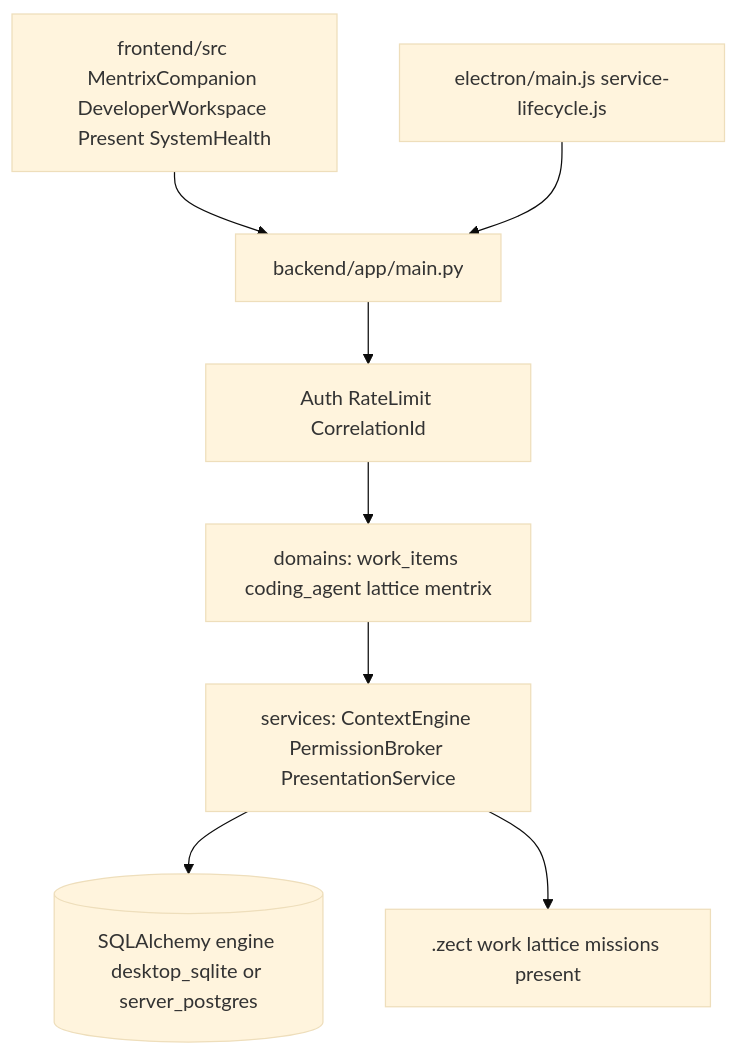
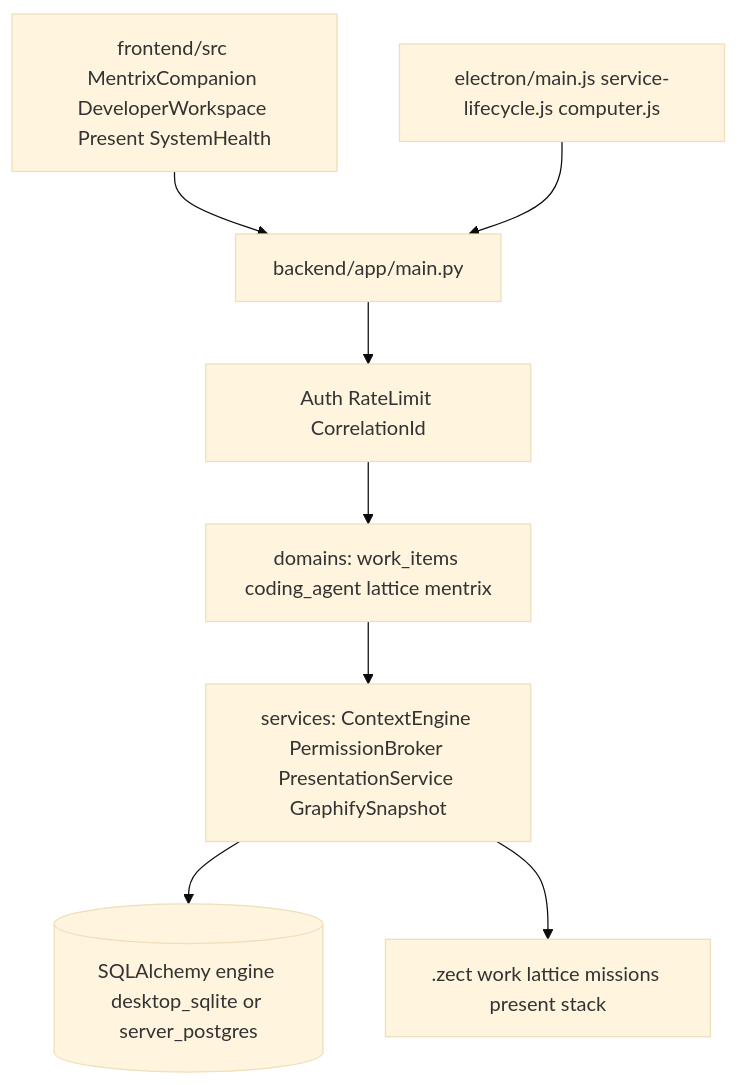
Before and after one commit to KarthikKaruppasamy880/ZECT: the second of 9 diagrams in ZECT_CANONICAL_ARCHITECTURE.md, drawn with Mermaid (base theme). The commit also changed other lines of this file and 16 other files, not shown here.

````diff
--- a/ZECT_CANONICAL_ARCHITECTURE.md
+++ b/ZECT_CANONICAL_ARCHITECTURE.md
@@ -141,16 +153,16 @@
 ```mermaid
 flowchart TB
   ui[frontend/src MentrixCompanion DeveloperWorkspace Present SystemHealth]
-  elec[electron/main.js service-lifecycle.js]
+  elec[electron/main.js service-lifecycle.js computer.js]
   api[backend/app/main.py]
   mw[Auth RateLimit CorrelationId]
   domains[domains: work_items coding_agent lattice mentrix]
-  svc[services: ContextEngine PermissionBroker PresentationService]
+  svc[services: ContextEngine PermissionBroker PresentationService GraphifySnapshot]
   db[(SQLAlchemy engine desktop_sqlite or server_postgres)]
-  fs[.zect work lattice missions present]
+  fs[.zect work lattice missions present stack]
   ui --> api
   elec --> api
   api --> mw --> domains --> svc
   svc --> db
   svc --> fs
 ```
````
